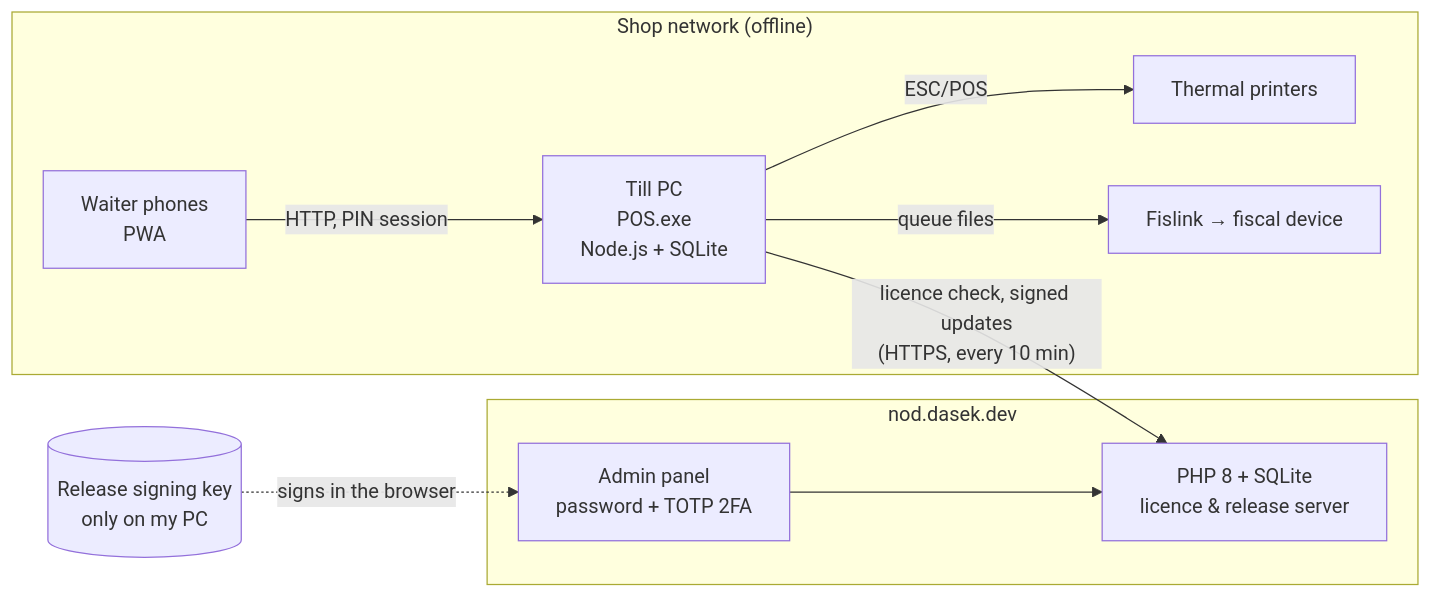
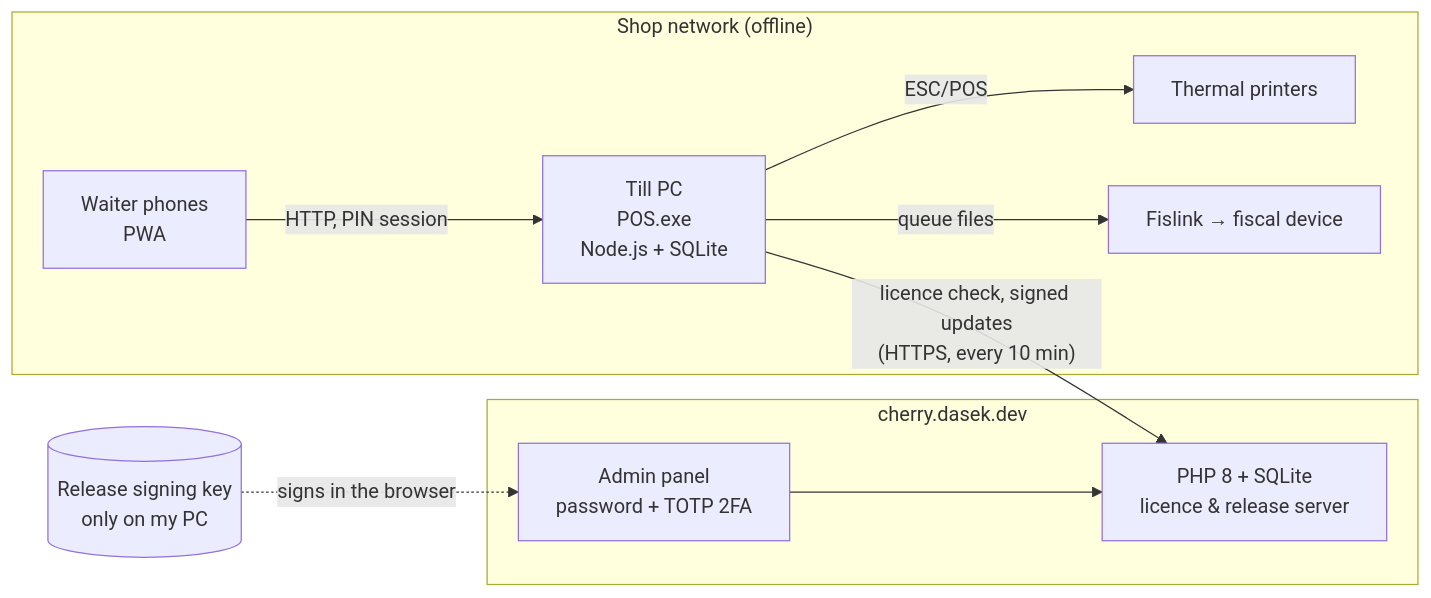
One commit to DasekCommits/cherry-showcase changed the diagram in README.md. Above: the diagram before and after it, drawn with Mermaid. The commit also changed other lines of this file and 4 other files, not shown here.

````diff
--- a/README.md
+++ b/README.md
@@ -29,15 +29,15 @@
 ```mermaid
 flowchart LR
   subgraph Shop["Shop network (offline)"]
     P1[Waiter phones<br/>PWA] -- HTTP, PIN session --> T
     T[Till PC<br/>POS.exe<br/>Node.js + SQLite] -- ESC/POS --> PR[Thermal printers]
     T -- queue files --> F[Fislink → fiscal device]
   end
   T -- "licence check, signed updates<br/>(HTTPS, every 10 min)" --> C
-  subgraph Cloud["nod.dasek.dev"]
+  subgraph Cloud["cherry.dasek.dev"]
     C[PHP 8 + SQLite<br/>licence & release server]
     A[Admin panel<br/>password + TOTP 2FA]
   end
   A --> C
   K[(Release signing key<br/>only on my PC)] -. signs in the browser .-> A
 ```
````
